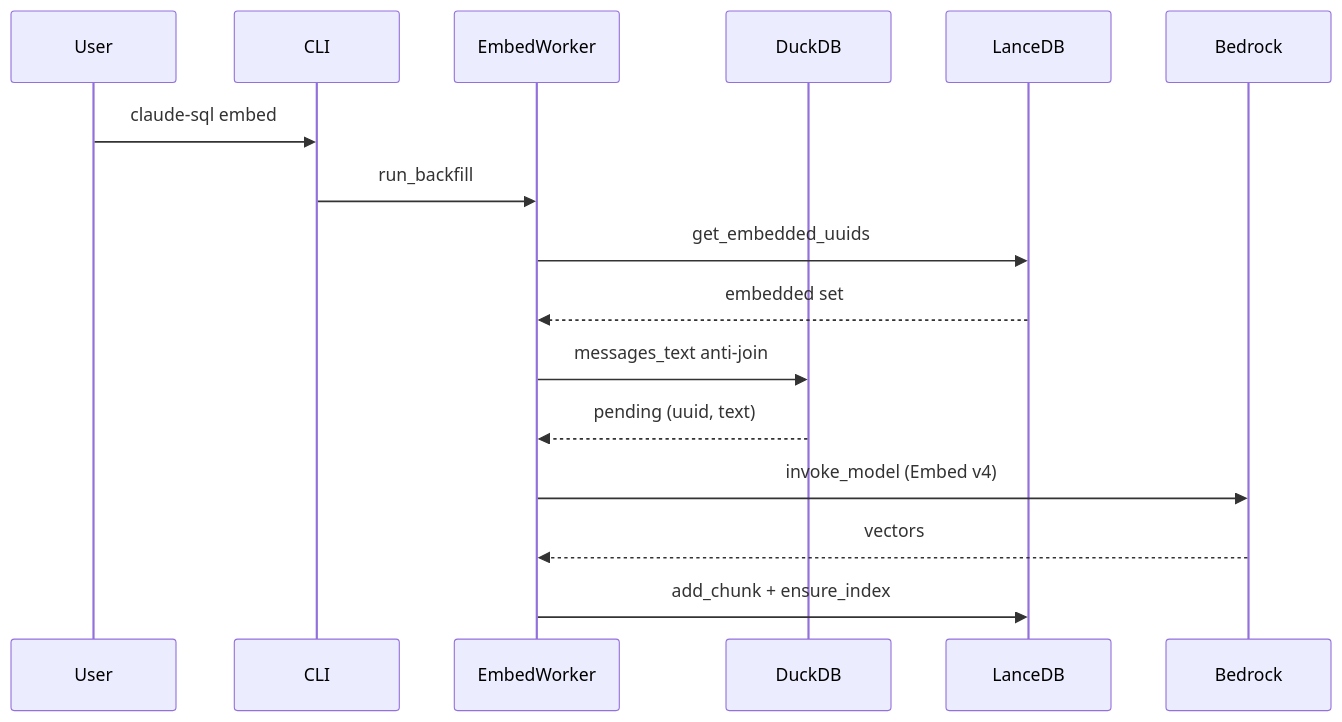
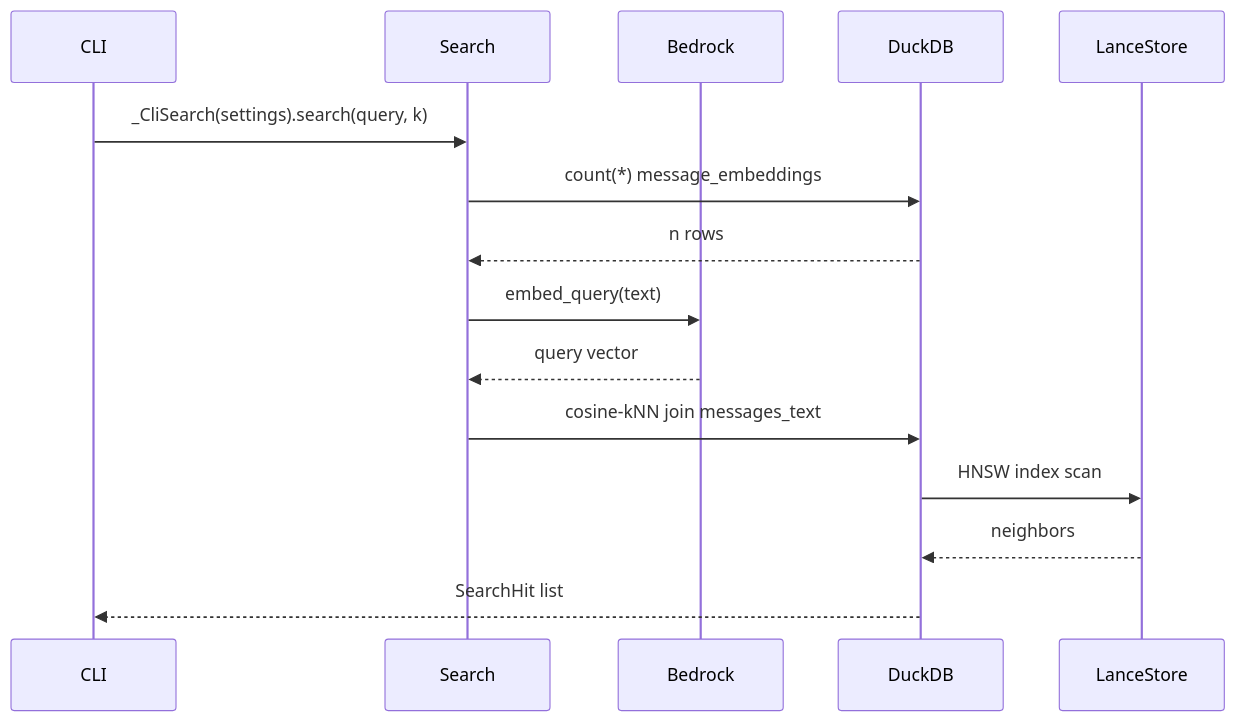
One commit to theagenticguy/claude-sql changed the second of 3 diagrams in docs/architecture/data-flow.md. Above: the diagram before and after it, drawn with Mermaid. The commit also changed other lines of this file and 279 other files, not shown here.

First line of the commit message:
feat(v2)!: hexagonal architecture — domain/application/infrastructure/interfaces (#159)

````diff
--- a/docs/architecture/data-flow.md
+++ b/docs/architecture/data-flow.md
@@ -48,18 +47,17 @@
 ```mermaid
 sequenceDiagram
-    participant User
     participant CLI
-    participant EmbedWorker
+    participant Search
+    participant Bedrock
     participant DuckDB
-    participant LanceDB
-    participant Bedrock
-    User->>CLI: claude-sql embed
-    CLI->>EmbedWorker: run_backfill
-    EmbedWorker->>LanceDB: get_embedded_uuids
-    LanceDB-->>EmbedWorker: embedded set
-    EmbedWorker->>DuckDB: messages_text anti-join
-    DuckDB-->>EmbedWorker: pending (uuid, text)
-    EmbedWorker->>Bedrock: invoke_model (Embed v4)
-    Bedrock-->>EmbedWorker: vectors
-    EmbedWorker->>LanceDB: add_chunk + ensure_index
+    participant LanceStore
+    CLI->>Search: _CliSearch(settings).search(query, k)
+    Search->>DuckDB: count(*) message_embeddings
+    DuckDB-->>Search: n rows
+    Search->>Bedrock: embed_query(text)
+    Bedrock-->>Search: query vector
+    Search->>DuckDB: cosine-kNN join messages_text
+    DuckDB->>LanceStore: HNSW index scan
+    LanceStore-->>DuckDB: neighbors
+    DuckDB-->>CLI: SearchHit list
 ```
````
